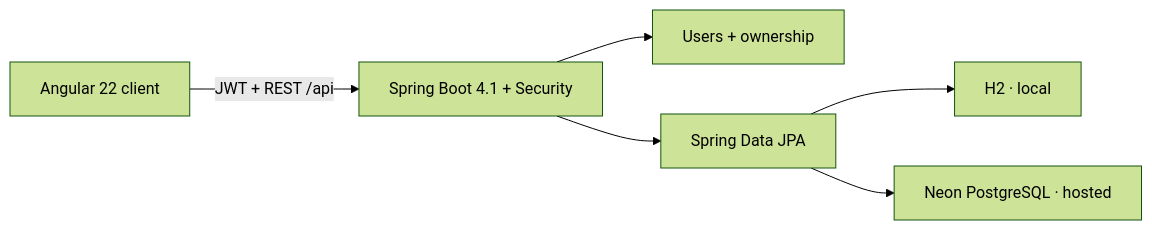
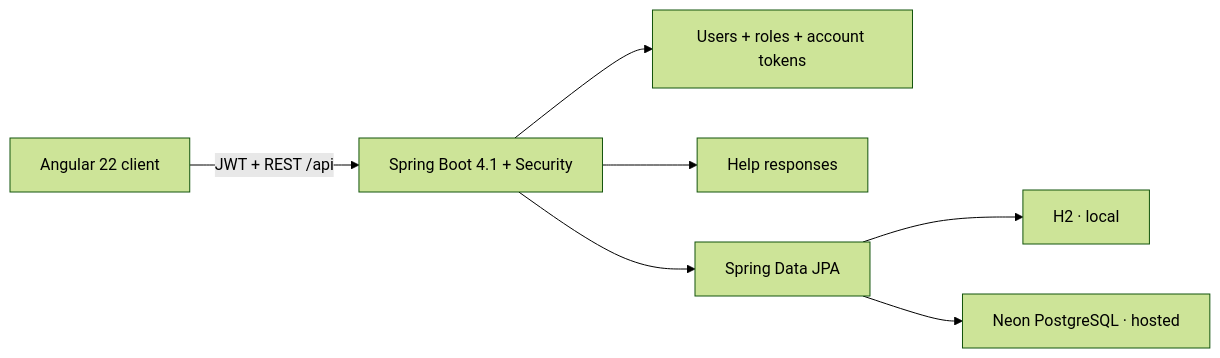
One commit to Varaprasad1613/helphive changed the diagram in README.md. Above: the diagram before and after it, drawn with Mermaid (forest theme). The commit also changed other lines of this file and 27 other files, not shown here.

````diff
--- a/README.md
+++ b/README.md
@@ -45,8 +51,9 @@
 ```mermaid
 flowchart LR
     Browser["Angular 22 client"] -->|JWT + REST /api| API["Spring Boot 4.1 + Security"]
-    API --> Users["Users + ownership"]
+    API --> Users["Users + roles + account tokens"]
+    API --> Responses["Help responses"]
     API --> JPA["Spring Data JPA"]
     JPA --> Local["H2 · local"]
     JPA --> Hosted["Neon PostgreSQL · hosted"]
 ```
````
